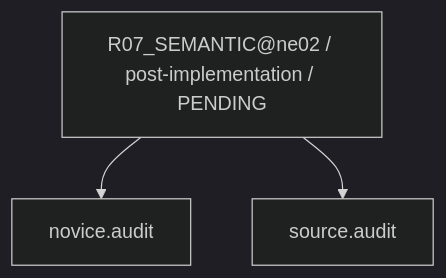
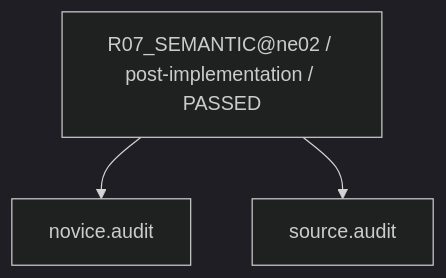
The tenth of 45 diagrams in work/items/W-MATH-036-ne02-n11-n12-guided-design/generated/CAPABILITY_FIRE_DIAGRAM.md (rrikunagasige-dot/kyotsu-step-web), drawn with Mermaid (dark theme) before and after one commit. The commit also changed other lines of this file and 75 other files, not shown here.

````diff
--- a/work/items/W-MATH-036-ne02-n11-n12-guided-design/generated/CAPABILITY_FIRE_DIAGRAM.md
+++ b/work/items/W-MATH-036-ne02-n11-n12-guided-design/generated/CAPABILITY_FIRE_DIAGRAM.md
@@ -160,8 +160,8 @@
 ```mermaid
 flowchart TD
-  N0["R07_SEMANTIC@ne02 / post-implementation / PENDING"]
+  N0["R07_SEMANTIC@ne02 / post-implementation / PASSED"]
   N1["source.audit"]
   N2["novice.audit"]
   N0 --> N2
   N0 --> N1
 ```
````
